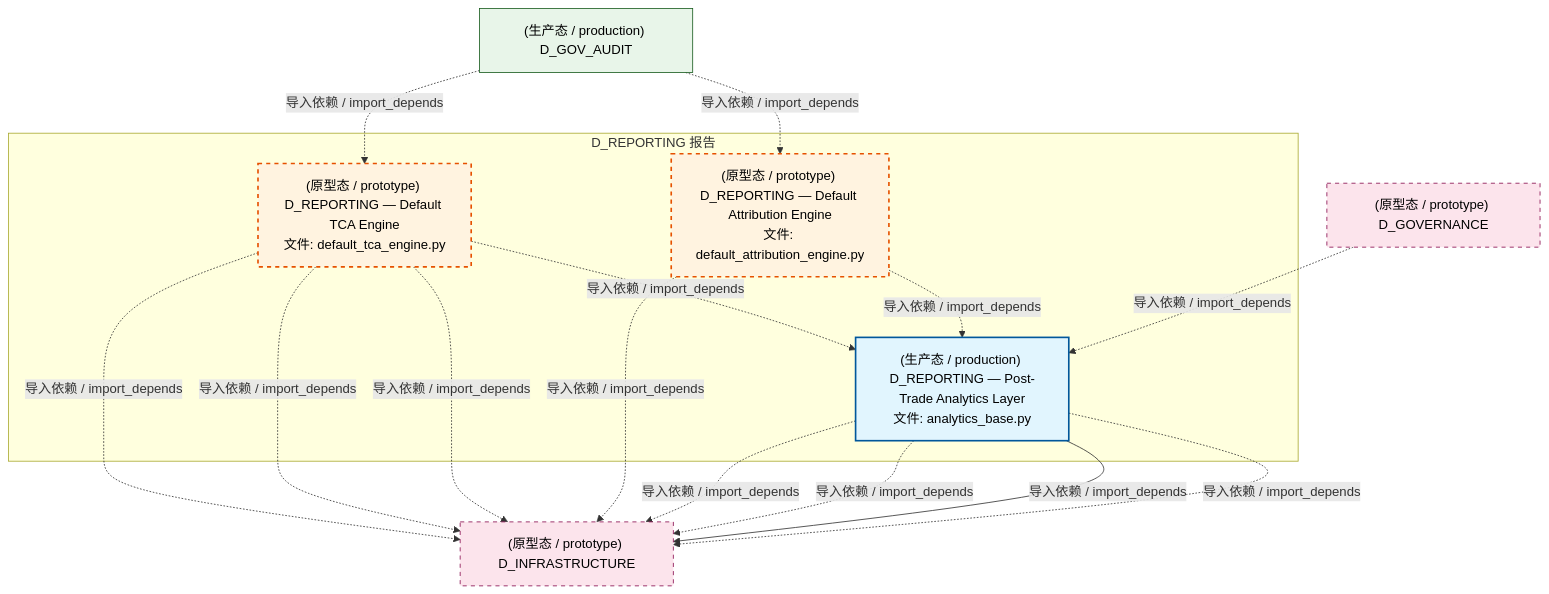
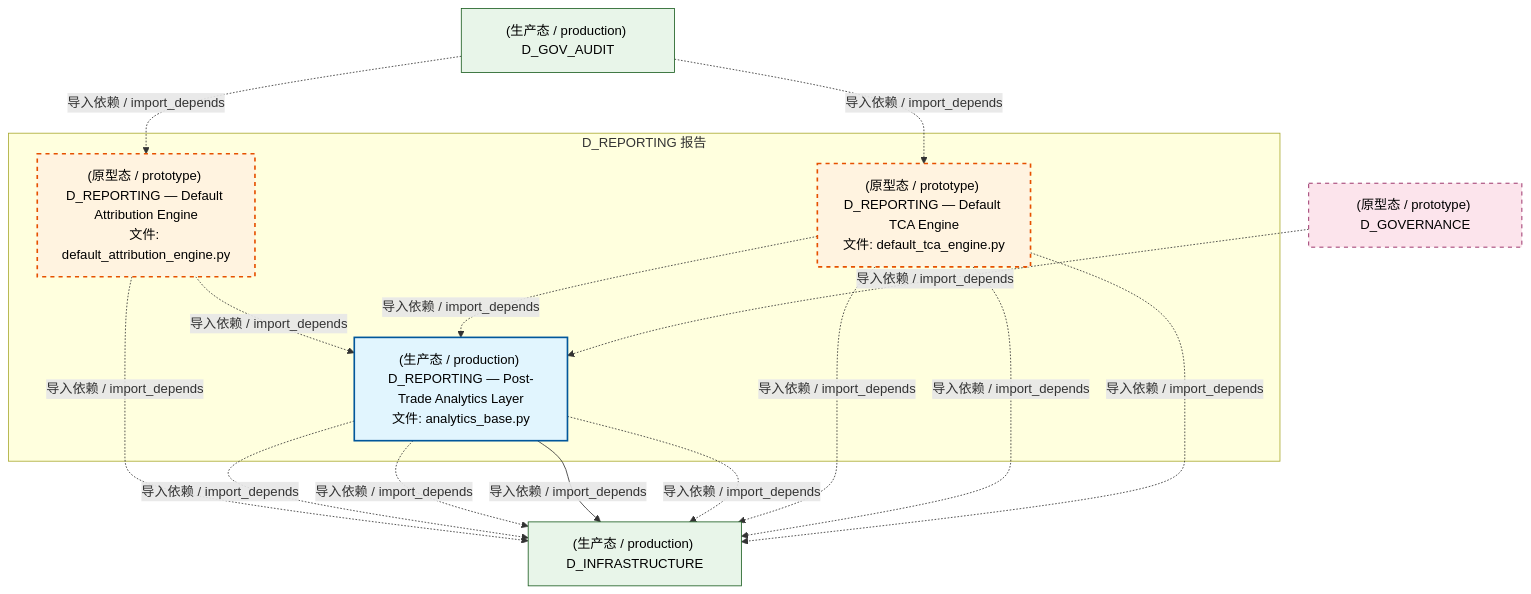
The first of 4 diagrams in docs/02_enterprise_architecture/02_domain_architecture_docs/23_d_reporting.md (xuanFelixVan/ZephyrAlpha), drawn with Mermaid before and after one commit. The commit also changed other lines of this file and 97 other files, not shown here.

````diff
--- a/docs/02_enterprise_architecture/02_domain_architecture_docs/23_d_reporting.md
+++ b/docs/02_enterprise_architecture/02_domain_architecture_docs/23_d_reporting.md
@@ -65,32 +65,32 @@
 ```mermaid
 graph TD
     subgraph D_REPORTING["D_REPORTING 报告"]
         src_zephyr_reporting_analytics_base_py["(生产态 / production) D_REPORTING — Post-Trade Analytics Layer<br/>文件: analytics_base.py"]
         src_zephyr_reporting_default_attribution_engine_py["(原型态 / prototype) D_REPORTING — Default Attribution Engine<br/>文件: default_attribution_engine.py"]
         src_zephyr_reporting_default_tca_engine_py["(原型态 / prototype) D_REPORTING — Default TCA Engine<br/>文件: default_tca_engine.py"]
     end
+    src_zephyr_reporting_default_attribution_engine_py -.->|导入依赖 / import_depends| src_zephyr_reporting_analytics_base_py
     src_zephyr_reporting_default_tca_engine_py -.->|导入依赖 / import_depends| src_zephyr_reporting_analytics_base_py
-    src_zephyr_reporting_default_attribution_engine_py -.->|导入依赖 / import_depends| src_zephyr_reporting_analytics_base_py
-    D_INFRASTRUCTURE["(原型态 / prototype) D_INFRASTRUCTURE"]
-    src_zephyr_reporting_default_tca_engine_py -.->|导入依赖 / import_depends| D_INFRASTRUCTURE
-    src_zephyr_reporting_default_tca_engine_py -.->|导入依赖 / import_depends| D_INFRASTRUCTURE
-    src_zephyr_reporting_default_tca_engine_py -.->|导入依赖 / import_depends| D_INFRASTRUCTURE
+    D_INFRASTRUCTURE["(生产态 / production) D_INFRASTRUCTURE"]
     src_zephyr_reporting_default_attribution_engine_py -.->|导入依赖 / import_depends| D_INFRASTRUCTURE
     src_zephyr_reporting_analytics_base_py -.->|导入依赖 / import_depends| D_INFRASTRUCTURE
     src_zephyr_reporting_analytics_base_py -.->|导入依赖 / import_depends| D_INFRASTRUCTURE
     src_zephyr_reporting_analytics_base_py -->|导入依赖 / import_depends| D_INFRASTRUCTURE
     src_zephyr_reporting_analytics_base_py -.->|导入依赖 / import_depends| D_INFRASTRUCTURE
+    src_zephyr_reporting_default_tca_engine_py -.->|导入依赖 / import_depends| D_INFRASTRUCTURE
+    src_zephyr_reporting_default_tca_engine_py -.->|导入依赖 / import_depends| D_INFRASTRUCTURE
+    src_zephyr_reporting_default_tca_engine_py -.->|导入依赖 / import_depends| D_INFRASTRUCTURE
     D_GOV_AUDIT["(生产态 / production) D_GOV_AUDIT"]
     D_GOV_AUDIT -.->|导入依赖 / import_depends| src_zephyr_reporting_default_tca_engine_py
     D_GOV_AUDIT -.->|导入依赖 / import_depends| src_zephyr_reporting_default_attribution_engine_py
     D_GOVERNANCE["(原型态 / prototype) D_GOVERNANCE"]
     D_GOVERNANCE -.->|导入依赖 / import_depends| src_zephyr_reporting_analytics_base_py
     classDef production fill:#e1f5fe,stroke:#01579b,stroke-width:2px,color:#000
     classDef design fill:#fff3e0,stroke:#e65100,stroke-width:2px,color:#000,stroke-dasharray: 5 5
     classDef external_prod fill:#e8f5e9,stroke:#1b5e20,stroke-width:1px,color:#000
     classDef external_design fill:#fce4ec,stroke:#880e4f,stroke-width:1px,color:#000,stroke-dasharray: 5 5
     class src_zephyr_reporting_analytics_base_py production
     class src_zephyr_reporting_default_attribution_engine_py,src_zephyr_reporting_default_tca_engine_py design
-    class D_GOV_AUDIT external_prod
-    class D_INFRASTRUCTURE,D_GOVERNANCE external_design
+    class D_INFRASTRUCTURE,D_GOV_AUDIT external_prod
+    class D_GOVERNANCE external_design
 ```
````
